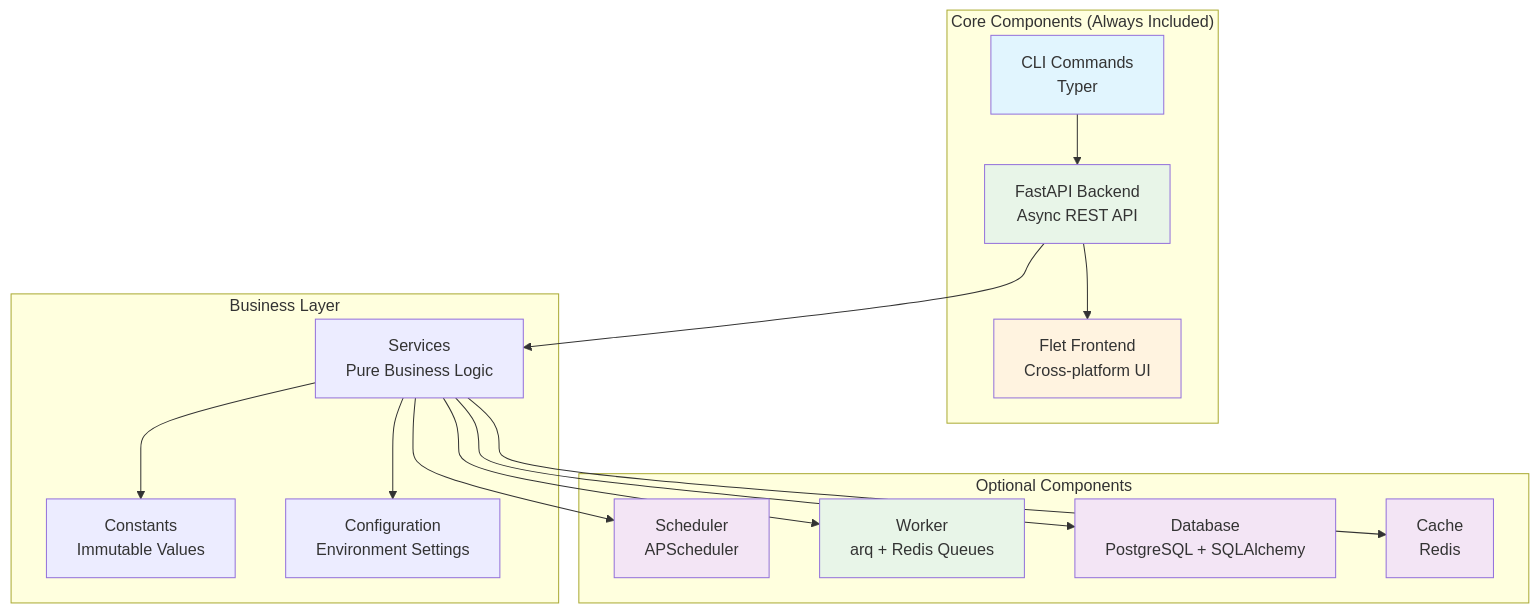
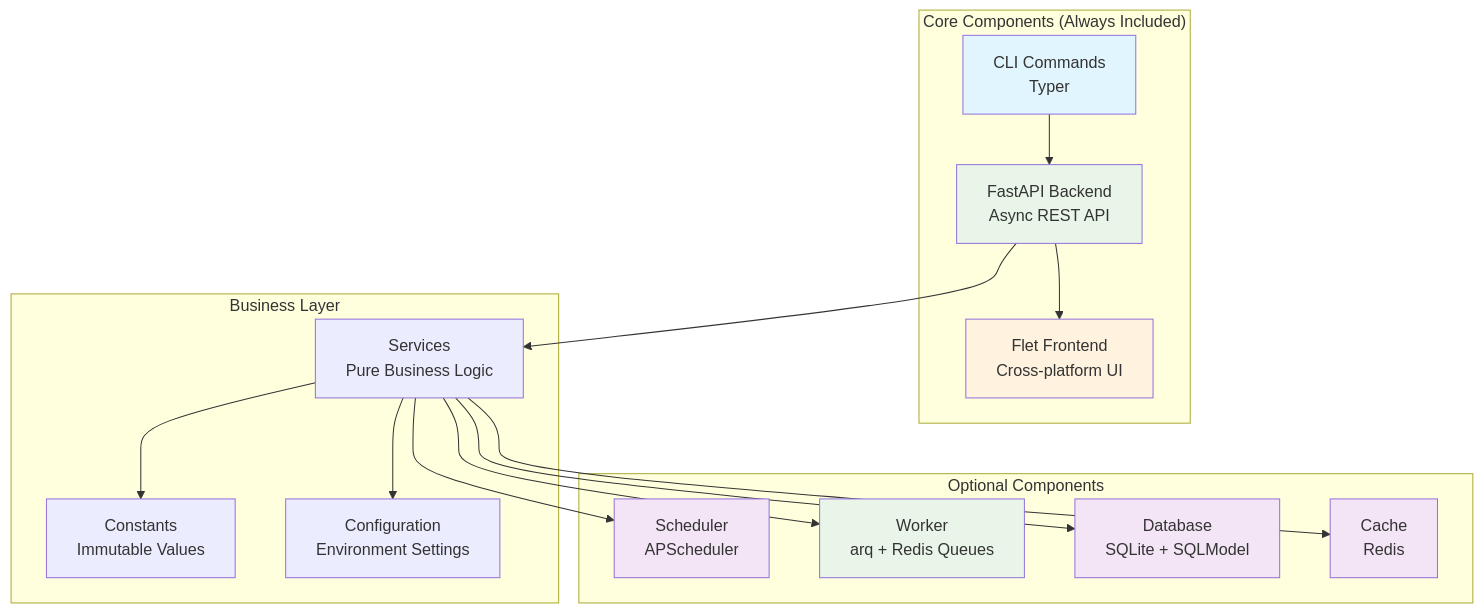
The diagram in docs/components/index.md (bhardwajRahul/aegis-stack), drawn with Mermaid before and after one commit. The commit also changed other lines of this file and 14 other files, not shown here.

````diff
--- a/docs/components/index.md
+++ b/docs/components/index.md
@@ -24,39 +24,39 @@
 ```mermaid
 graph TB
     subgraph "Core Components (Always Included)"
         CLI[CLI Commands<br/>Typer]
         API[FastAPI Backend<br/>Async REST API]
         Frontend[Flet Frontend<br/>Cross-platform UI]
     end
     
     subgraph "Optional Components"
         Scheduler[Scheduler<br/>APScheduler]
         Worker[Worker<br/>arq + Redis Queues]
-        Database[Database<br/>PostgreSQL + SQLAlchemy]
+        Database[Database<br/>SQLite + SQLModel]
         Cache[Cache<br/>Redis]
     end
     
     subgraph "Business Layer"
         Services[Services<br/>Pure Business Logic]
         Constants[Constants<br/>Immutable Values]
         Config[Configuration<br/>Environment Settings]
     end
     
     CLI --> API
     API --> Frontend
     API --> Services
     Services --> Scheduler
     Services --> Worker
     Services --> Database
     Services --> Cache
     Services --> Constants
     Services --> Config
     
     style CLI fill:#e1f5fe
     style API fill:#e8f5e8
     style Frontend fill:#fff3e0
     style Scheduler fill:#f3e5f5
     style Worker fill:#e8f5e8
     style Database fill:#f3e5f5
     style Cache fill:#f3e5f5
 ```
````
